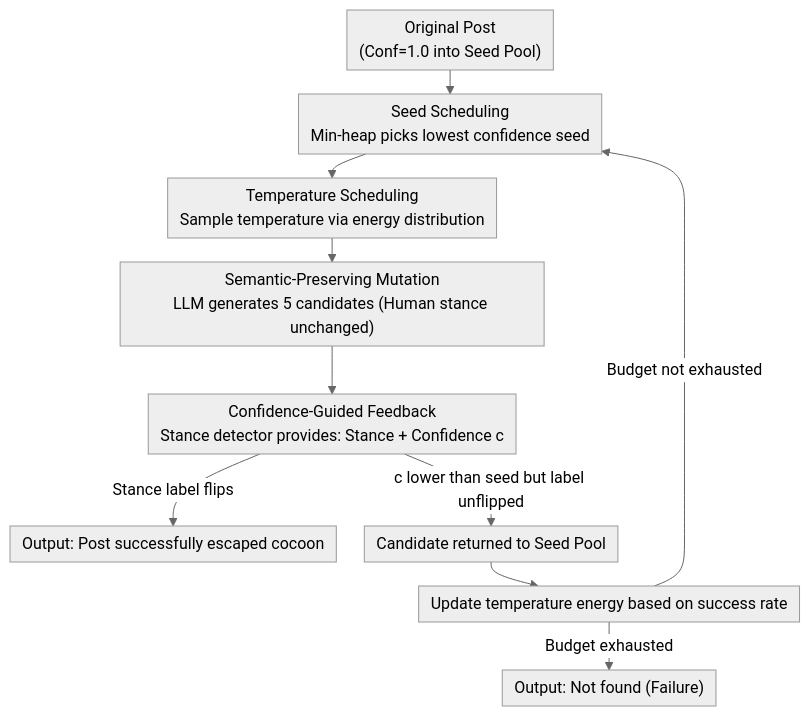
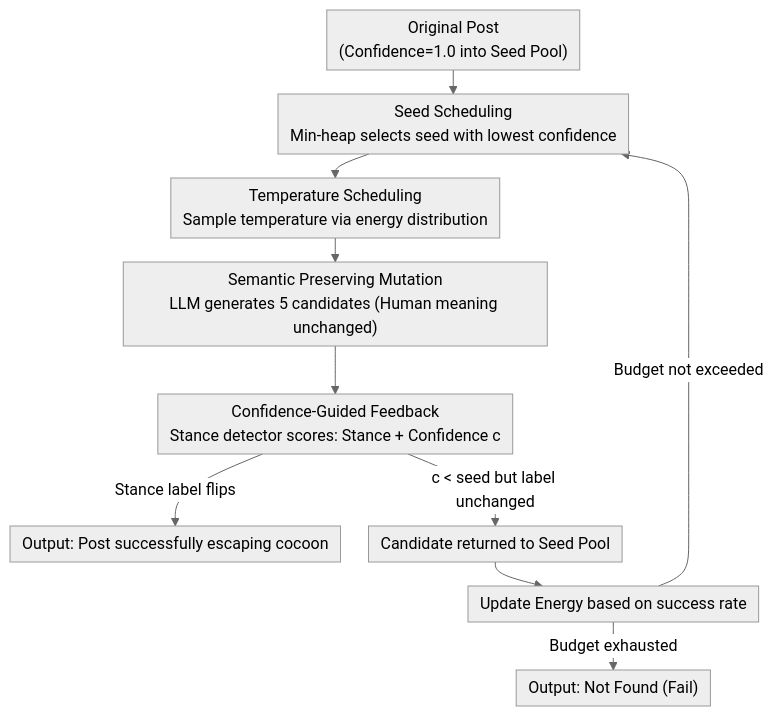
The diagram in docs/ACL2026/social_computing/content_fuzzing_for_escaping_information_cocoons_on_digital_social_media.md (zhaoyang97/Paper-Notes-en), drawn with Mermaid (neutral theme) before and after one commit. The commit also changed other lines of this file and 5084 other files, not shown here.

````diff
--- a/docs/ACL2026/social_computing/content_fuzzing_for_escaping_information_cocoons_on_digital_social_media.md
+++ b/docs/ACL2026/social_computing/content_fuzzing_for_escaping_information_cocoons_on_digital_social_media.md
@@ -42,13 +42,13 @@
 ```mermaid
 %%{init: {'flowchart': {'rankSpacing': 24, 'nodeSpacing': 28, 'padding': 6, 'wrappingWidth': 400}}}%%
 flowchart TD
-    A["Original Post<br/>(Conf=1.0 into Seed Pool)"] --> B["Seed Scheduling<br/>Min-heap picks lowest confidence seed"]
+    A["Original Post<br/>(Confidence=1.0 into Seed Pool)"] --> B["Seed Scheduling<br/>Min-heap selects seed with lowest confidence"]
     B --> C["Temperature Scheduling<br/>Sample temperature via energy distribution"]
-    C --> D["Semantic-Preserving Mutation<br/>LLM generates 5 candidates (Human stance unchanged)"]
-    D --> E["Confidence-Guided Feedback<br/>Stance detector provides: Stance + Confidence c"]
-    E -->|"Stance label flips"| F["Output: Post successfully escaped cocoon"]
-    E -->|"c lower than seed but label unflipped"| G["Candidate returned to Seed Pool"]
-    G --> H["Update temperature energy based on success rate"]
-    H -->|"Budget not exhausted"| B
-    H -->|"Budget exhausted"| I["Output: Not found (Failure)"]
+    C --> D["Semantic Preserving Mutation<br/>LLM generates 5 candidates (Human meaning unchanged)"]
+    D --> E["Confidence-Guided Feedback<br/>Stance detector scores: Stance + Confidence c"]
+    E -->|"Stance label flips"| F["Output: Post successfully escaping cocoon"]
+    E -->|"c < seed but label unchanged"| G["Candidate returned to Seed Pool"]
+    G --> H["Update Energy based on success rate"]
+    H -->|"Budget not exceeded"| B
+    H -->|"Budget exhausted"| I["Output: Not Found (Fail)"]
 ```
````
